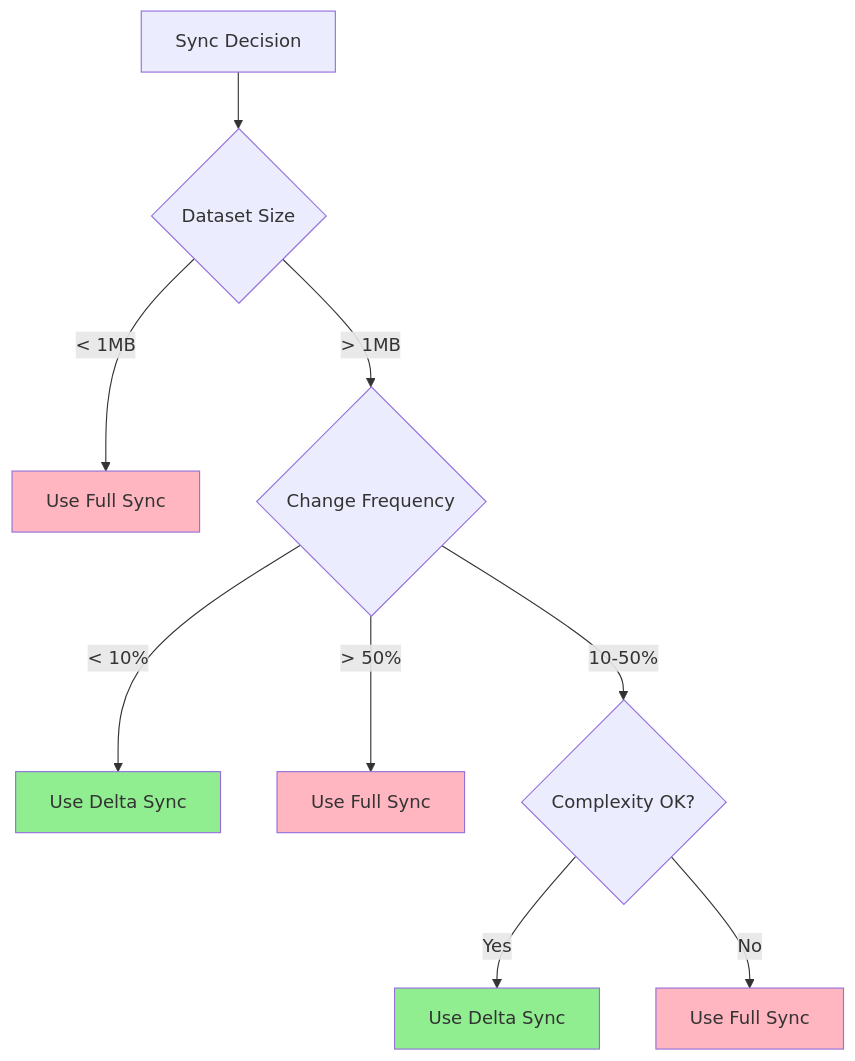
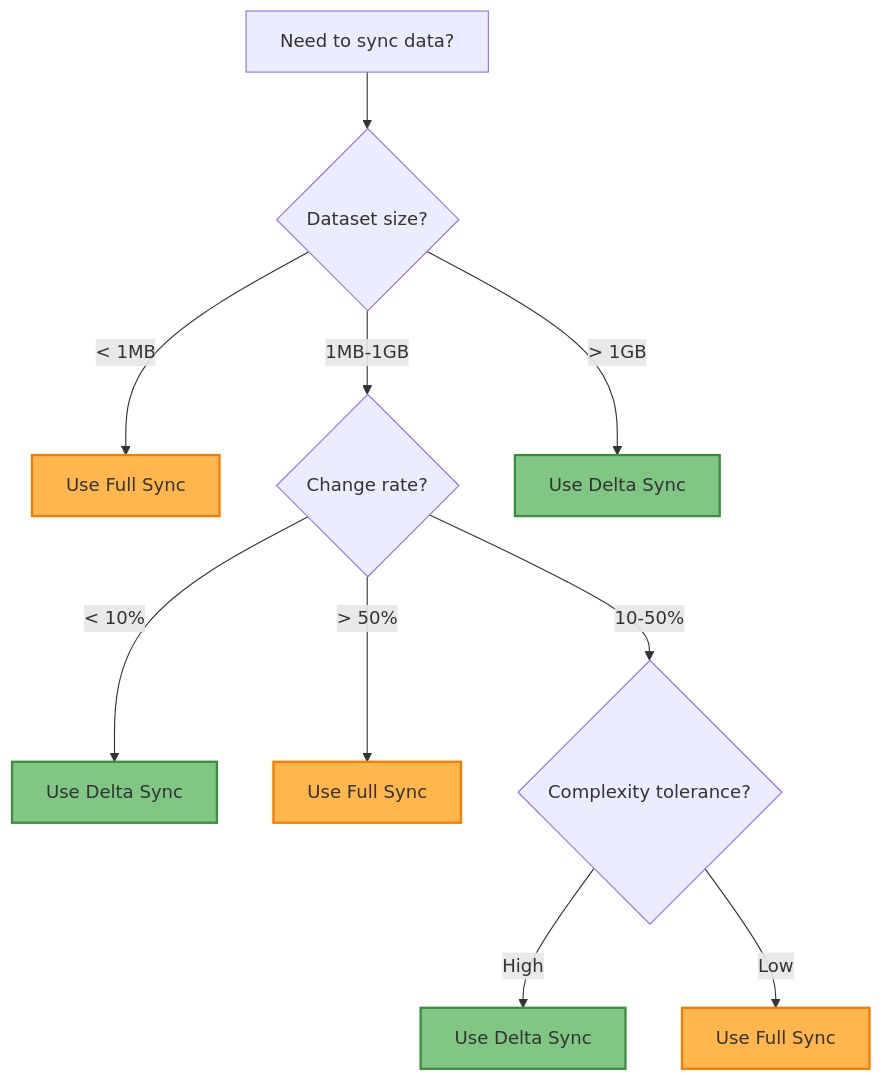
The sixth of 6 diagrams in docs/pattern-library/data-management/delta-sync.md (deepaucksharma/DStudio), drawn with Mermaid before and after one commit. The commit also changed other lines of this file and 23 other files, not shown here.

````diff
--- a/docs/pattern-library/data-management/delta-sync.md
+++ b/docs/pattern-library/data-management/delta-sync.md
@@ -232,20 +336,20 @@
 ```mermaid
 graph TD
-    Start[Sync Decision] --> Size{Dataset Size}
+    A[Need to sync data?] --> B{Dataset size?}
+    B -->|< 1MB| C[Use Full Sync]
+    B -->|1MB-1GB| D{Change rate?}
+    B -->|> 1GB| E[Use Delta Sync]
     
-    Size -->|< 1MB| Full[Use Full Sync]
-    Size -->|> 1MB| Changes{Change Frequency}
+    D -->|< 10%| F[Use Delta Sync]
+    D -->|> 50%| G[Use Full Sync]
+    D -->|10-50%| H{Complexity tolerance?}
     
-    Changes -->|< 10%| Delta[Use Delta Sync]
-    Changes -->|> 50%| Full2[Use Full Sync]
-    Changes -->|10-50%| Complexity{Complexity OK?}
+    H -->|High| I[Use Delta Sync]
+    H -->|Low| J[Use Full Sync]
     
-    Complexity -->|Yes| Delta2[Use Delta Sync]
-    Complexity -->|No| Full3[Use Full Sync]
+    classDef recommended fill:#81c784,stroke:#388e3c,stroke-width:2px
+    classDef caution fill:#ffb74d,stroke:#f57c00,stroke-width:2px
     
-    style Delta fill:#90EE90
-    style Delta2 fill:#90EE90
-    style Full fill:#FFB6C1
-    style Full2 fill:#FFB6C1
-    style Full3 fill:#FFB6C1
+    class F,E,I recommended
+    class C,G,J caution
 ```
````
